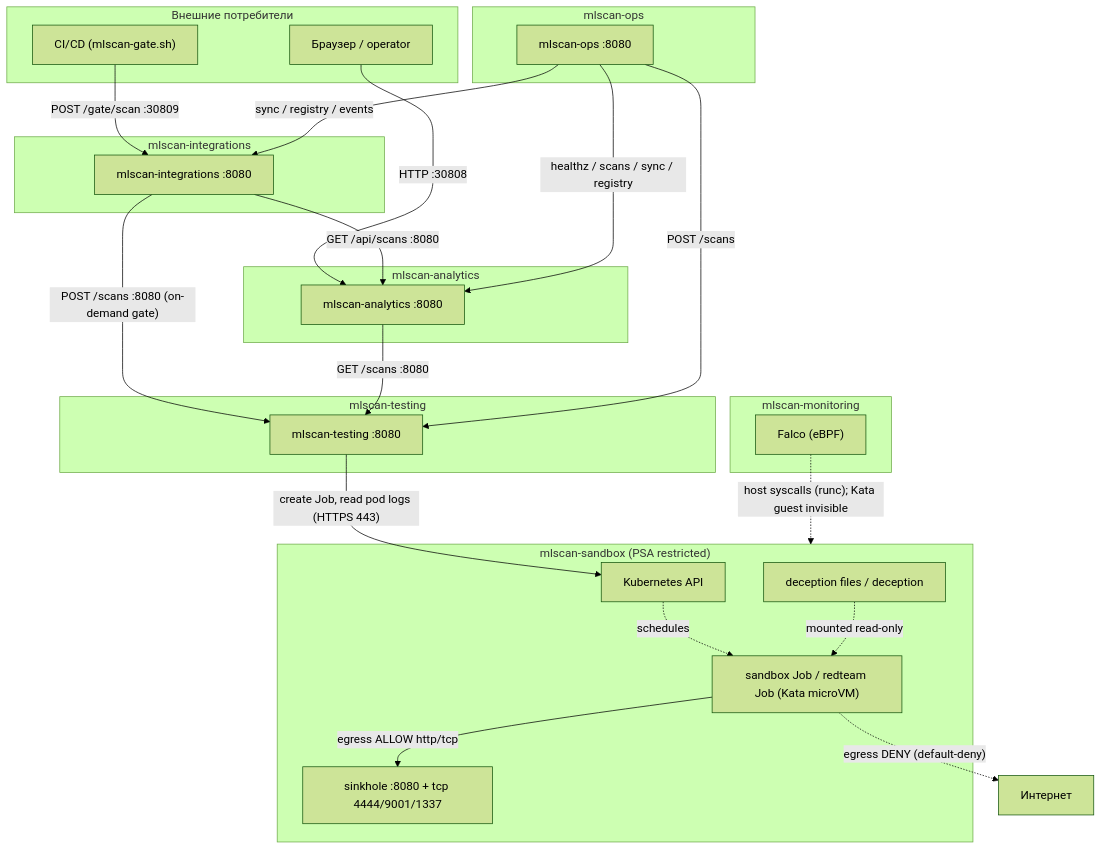
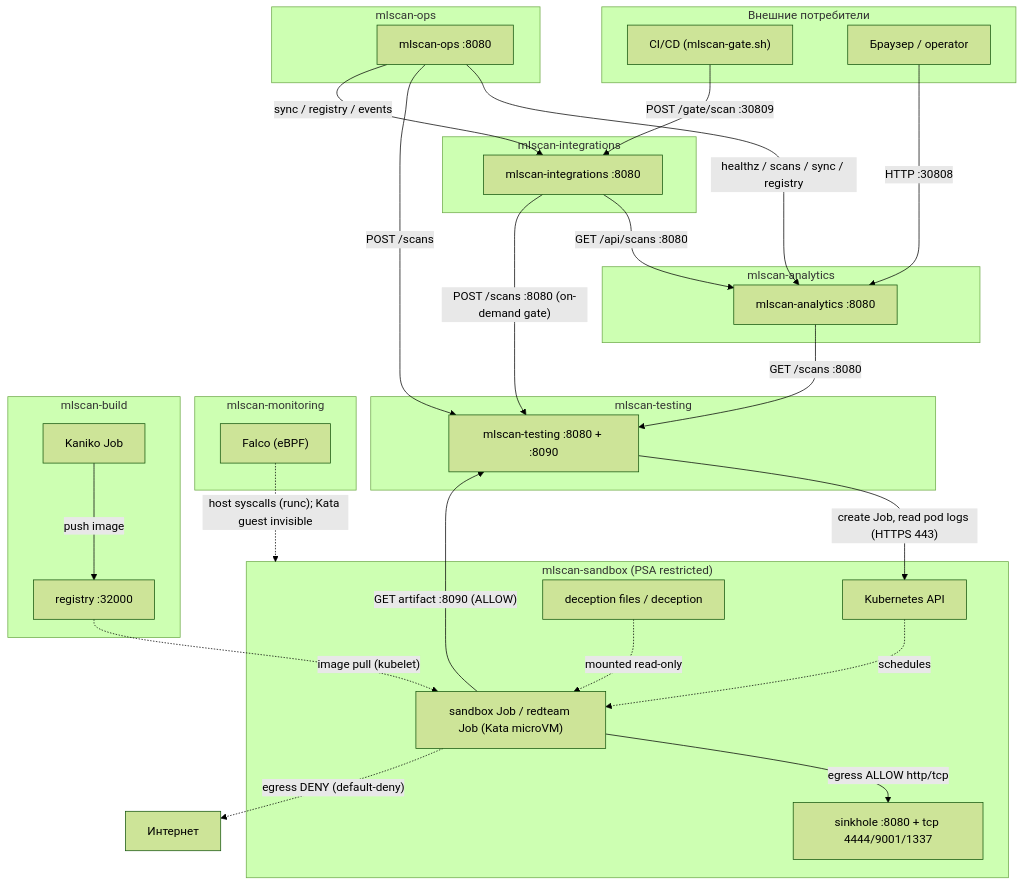
Before and after one commit to pol4/MLScan: the first of 2 diagrams in docs/07-implemented-architecture.md, drawn with Mermaid (forest theme). The commit also changed other lines of this file and 3 other files, not shown here.

Commit message:
docs: actualize architecture (as-built §2.8/registry/diagram, target §4-7, Concept status, plan) for upload/progress/stats, artifact transport, sandbox image

````diff
--- a/docs/07-implemented-architecture.md
+++ b/docs/07-implemented-architecture.md
@@ -115,45 +130,52 @@
 ```mermaid
 flowchart TB
   subgraph EXT["Внешние потребители"]
     CI["CI/CD (mlscan-gate.sh)"]
     BR["Браузер / operator"]
   end
 
   subgraph INT["mlscan-integrations"]
     INTG["mlscan-integrations :8080"]
   end
   subgraph ANA["mlscan-analytics"]
     ANAL["mlscan-analytics :8080"]
   end
   subgraph TST["mlscan-testing"]
-    TEST["mlscan-testing :8080"]
+    TEST["mlscan-testing :8080 + :8090"]
   end
   subgraph SBX["mlscan-sandbox (PSA restricted)"]
     API["Kubernetes API"]
     JOB["sandbox Job / redteam Job (Kata microVM)"]
     SINK["sinkhole :8080 + tcp 4444/9001/1337"]
     DEC["deception files / deception"]
   end
   subgraph OPS["mlscan-ops"]
     OPSD["mlscan-ops :8080"]
   end
   subgraph MON["mlscan-monitoring"]
     FALCO["Falco (eBPF)"]
   end
+  subgraph BLD["mlscan-build"]
+    KAN["Kaniko Job"]
+    REG["registry :32000"]
+  end
   NET["Интернет"]
 
   CI -->|"POST /gate/scan :30809"| INTG
   BR -->|"HTTP :30808"| ANAL
   INTG -->|"GET /api/scans :8080"| ANAL
   INTG -->|"POST /scans :8080 (on-demand gate)"| TEST
   ANAL -->|"GET /scans :8080"| TEST
   TEST -->|"create Job, read pod logs (HTTPS 443)"| API
   API -.->|"schedules"| JOB
+  JOB -->|"GET artifact :8090 (ALLOW)"| TEST
   JOB -->|"egress ALLOW http/tcp"| SINK
   JOB -.->|"egress DENY (default-deny)"| NET
   DEC -.->|"mounted read-only"| JOB
   OPSD -->|"healthz / scans / sync / registry"| ANAL
   OPSD -->|"POST /scans"| TEST
   OPSD -->|"sync / registry / events"| INTG
   FALCO -.->|"host syscalls (runc); Kata guest invisible"| SBX
+  KAN -->|"push image"| REG
+  REG -.->|"image pull (kubelet)"| JOB
 ```
````
